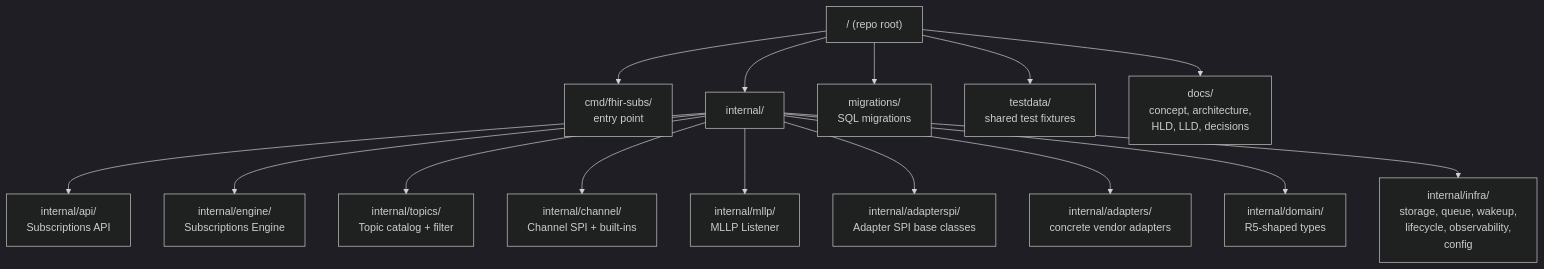
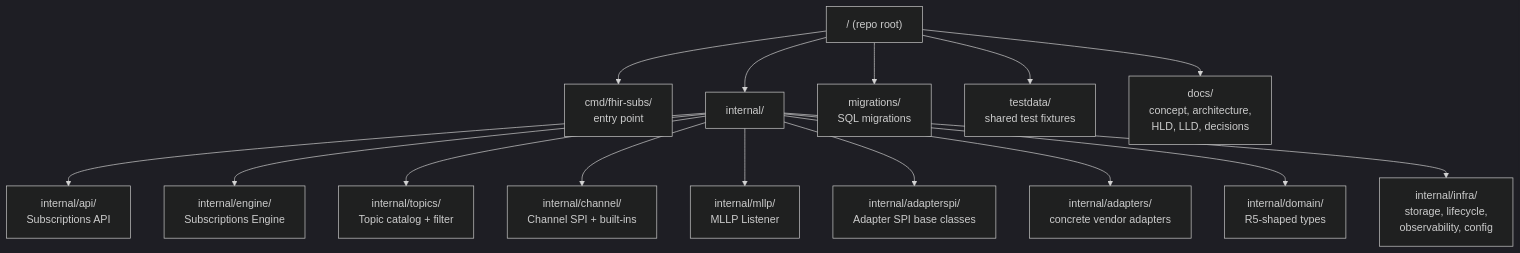
One commit to bzimbelman/fhir-ehr-subscriptions-service changed the diagram in docs/repository-layout.md. Above: the diagram before and after it, drawn with Mermaid (dark theme). The commit also changed other lines of this file and 7 other files, not shown here.

First line of the commit message:
refactor: #224 #225 — remove phantom packages (wakeup, queue, heartbeat, topicmatcher, topics, topics/filter)

````diff
--- a/docs/repository-layout.md
+++ b/docs/repository-layout.md
@@ -9,33 +9,33 @@
 ```mermaid
 flowchart TB
     repo["/ (repo root)"]
     cmd["cmd/fhir-subs/<br/>entry point"]
     internal["internal/"]
     api["internal/api/<br/>Subscriptions API"]
     engine["internal/engine/<br/>Subscriptions Engine"]
     topics["internal/topics/<br/>Topic catalog + filter"]
     channels["internal/channel/<br/>Channel SPI + built-ins"]
     mllp["internal/mllp/<br/>MLLP Listener"]
     adapterspi["internal/adapterspi/<br/>Adapter SPI base classes"]
     adapters["internal/adapters/<br/>concrete vendor adapters"]
     domain["internal/domain/<br/>R5-shaped types"]
-    infra["internal/infra/<br/>storage, queue, wakeup,<br/>lifecycle, observability,<br/>config"]
+    infra["internal/infra/<br/>storage, lifecycle,<br/>observability, config"]
     migrations["migrations/<br/>SQL migrations"]
     testdata["testdata/<br/>shared test fixtures"]
     docs_dir["docs/<br/>concept, architecture,<br/>HLD, LLD, decisions"]
 
     repo --> cmd
     repo --> internal
     repo --> migrations
     repo --> testdata
     repo --> docs_dir
     internal --> api
     internal --> engine
     internal --> topics
     internal --> channels
     internal --> mllp
     internal --> adapterspi
     internal --> adapters
     internal --> domain
     internal --> infra
 ```
````
